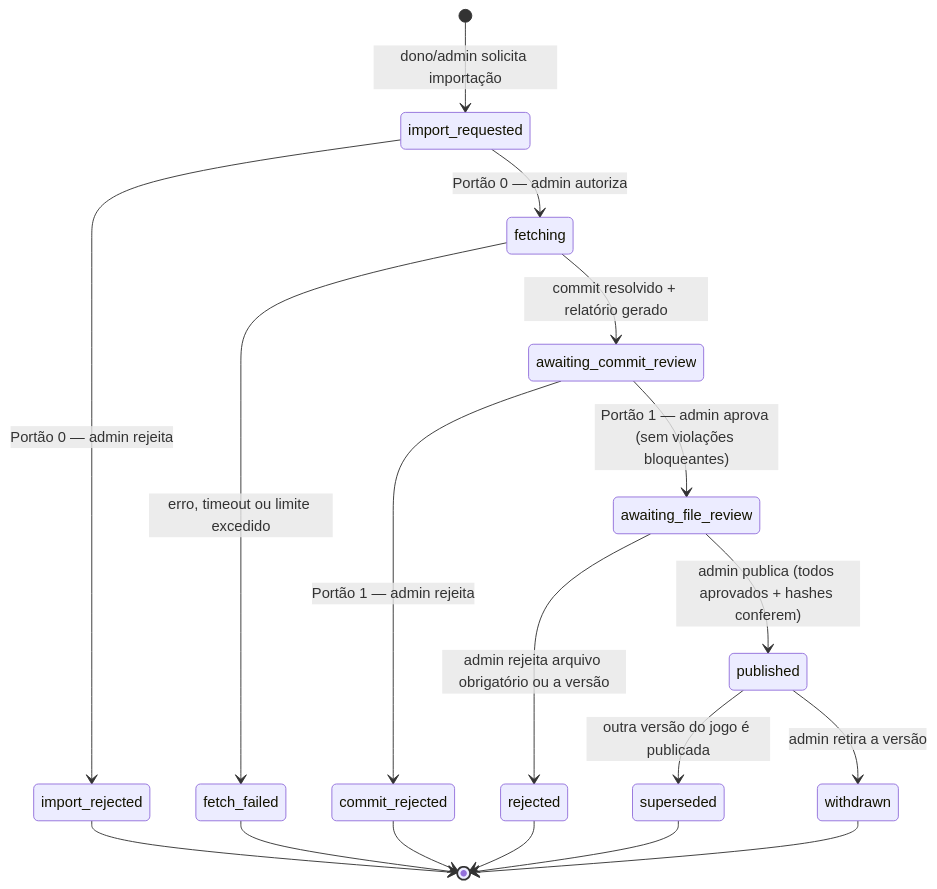
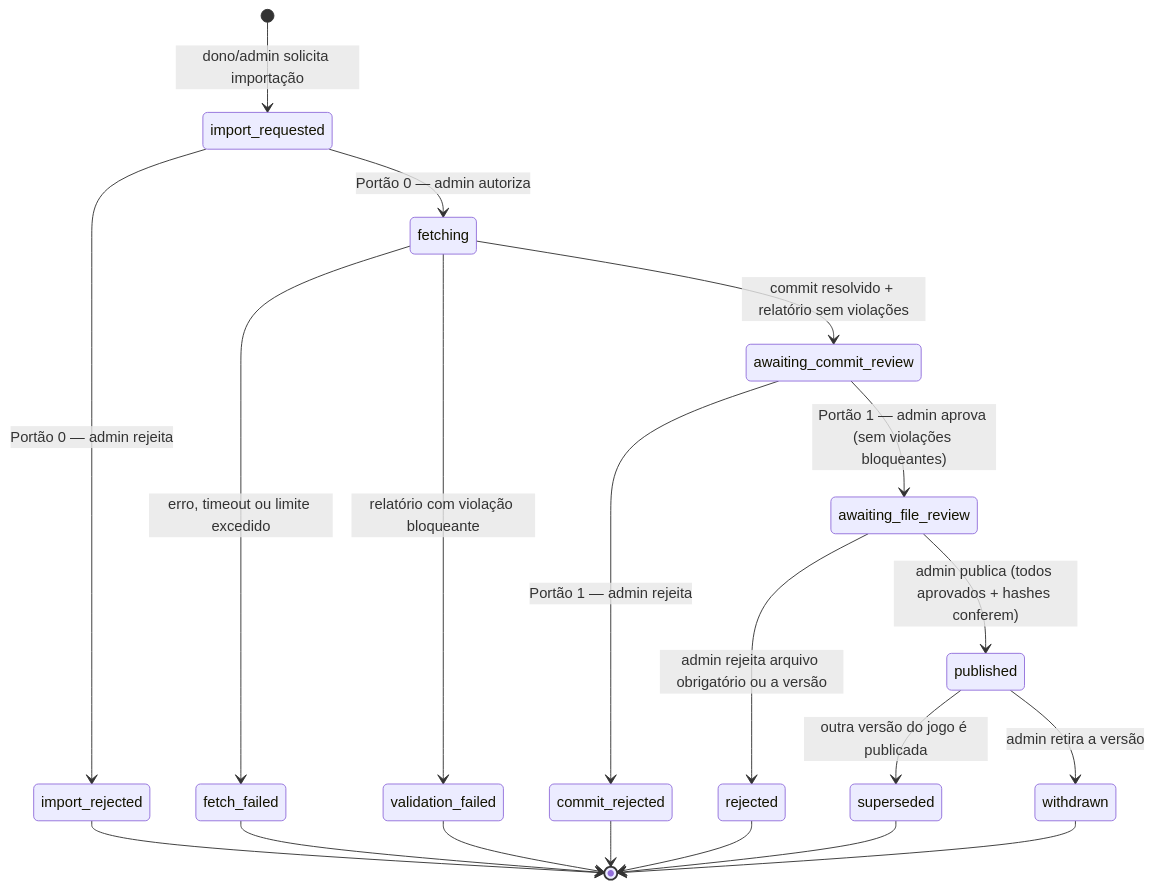
Before and after one commit to RafaelSandrigo/bitman: the diagram in docs/dominio.md, drawn with Mermaid. The commit also changed other lines of this file and 27 other files, not shown here.

````diff
--- a/docs/dominio.md
+++ b/docs/dominio.md
@@ -89,20 +89,22 @@
 ```mermaid
 stateDiagram-v2
     [*] --> import_requested: dono/admin solicita importação
     import_requested --> import_rejected: Portão 0 — admin rejeita
     import_requested --> fetching: Portão 0 — admin autoriza
     fetching --> fetch_failed: erro, timeout ou limite excedido
-    fetching --> awaiting_commit_review: commit resolvido + relatório gerado
+    fetching --> validation_failed: relatório com violação bloqueante
+    fetching --> awaiting_commit_review: commit resolvido + relatório sem violações
     awaiting_commit_review --> commit_rejected: Portão 1 — admin rejeita
     awaiting_commit_review --> awaiting_file_review: Portão 1 — admin aprova (sem violações bloqueantes)
     awaiting_file_review --> rejected: admin rejeita arquivo obrigatório ou a versão
     awaiting_file_review --> published: admin publica (todos aprovados + hashes conferem)
     published --> superseded: outra versão do jogo é publicada
     published --> withdrawn: admin retira a versão
     import_rejected --> [*]
     fetch_failed --> [*]
+    validation_failed --> [*]
     commit_rejected --> [*]
     rejected --> [*]
     superseded --> [*]
     withdrawn --> [*]
 ```
````
